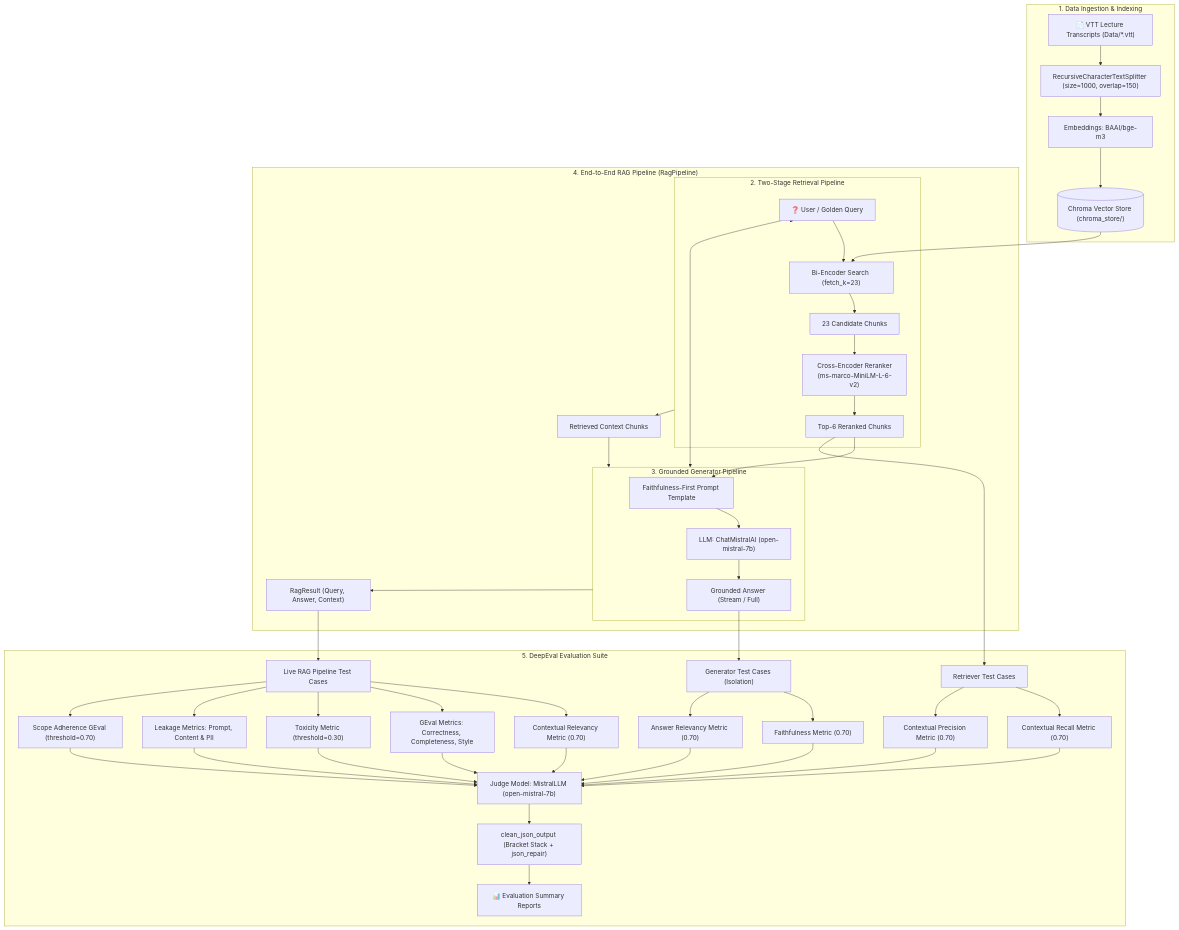
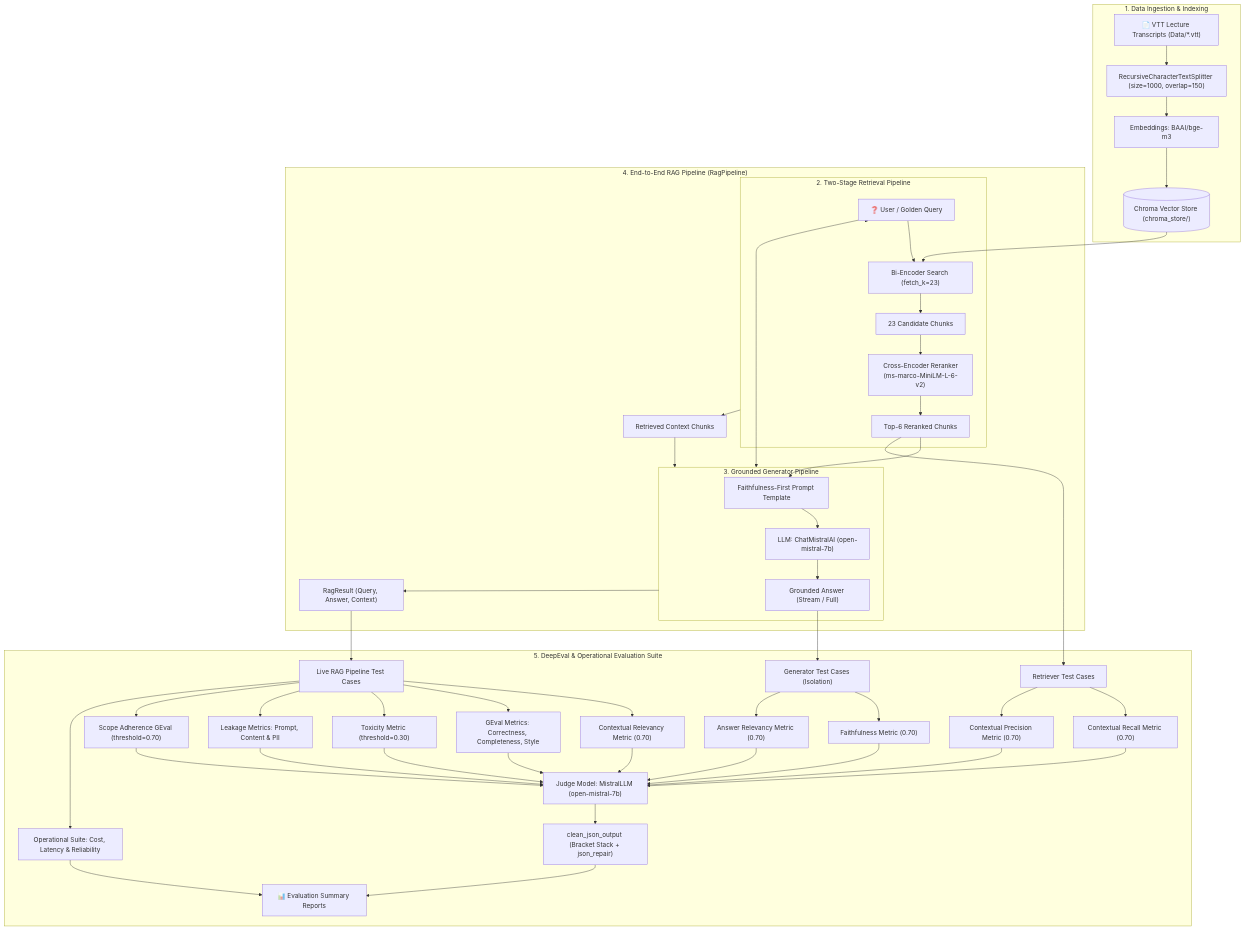
One commit to shlokbam/LLM-RAG-Evaluation changed the diagram in README.md. Above: the diagram before and after it, drawn with Mermaid. The commit also changed other lines of this file and 3 other files, not shown here.

Commit message:
feat: add cost and latency operational evaluation scripts

````diff
--- a/README.md
+++ b/README.md
@@ -18,50 +18,52 @@
 ```mermaid
 flowchart TD
     subgraph Ingestion ["1. Data Ingestion & Indexing"]
         VTT["📄 VTT Lecture Transcripts (Data/*.vtt)"] --> TextSplitter["RecursiveCharacterTextSplitter (size=1000, overlap=150)"]
         TextSplitter --> BGE["Embeddings: BAAI/bge-m3"]
         BGE --> ChromaDB[("Chroma Vector Store (chroma_store/)")]
     end
 
     subgraph TwoStageRetriever ["2. Two-Stage Retrieval Pipeline"]
         Query["❓ User / Golden Query"] --> BiEncoder["Bi-Encoder Search (fetch_k=23)"]
         ChromaDB --> BiEncoder
         BiEncoder --> Candidates["23 Candidate Chunks"]
         Candidates --> CrossEncoder["Cross-Encoder Reranker\n(ms-marco-MiniLM-L-6-v2)"]
         CrossEncoder --> TopK["Top-6 Reranked Chunks"]
     end
 
     subgraph GeneratorComponent ["3. Grounded Generator Pipeline"]
         TopK --> GenPrompt["Faithfulness-First Prompt Template"]
         GenPrompt --> MistralGen["LLM: ChatMistralAI (open-mistral-7b)"]
         MistralGen --> Answer["Grounded Answer (Stream / Full)"]
     end
 
     subgraph RagOrchestrator ["4. End-to-End RAG Pipeline (RagPipeline)"]
         Query --> TwoStageRetriever
         TwoStageRetriever --> Context["Retrieved Context Chunks"]
         Context & Query --> GeneratorComponent
         GeneratorComponent --> FinalOutput["RagResult (Query, Answer, Context)"]
     end
 
-    subgraph DeepEvalHarness ["5. DeepEval Evaluation Suite"]
+    subgraph DeepEvalHarness ["5. DeepEval & Operational Evaluation Suite"]
         TopK --> RetCases["Retriever Test Cases"]
         RetCases --> Recall["Contextual Recall Metric (0.70)"]
         RetCases --> Precision["Contextual Precision Metric (0.70)"]
 
         Answer --> GenCases["Generator Test Cases (Isolation)"]
         GenCases --> Faithfulness["Faithfulness Metric (0.70)"]
         GenCases --> Relevancy["Answer Relevancy Metric (0.70)"]
 
         FinalOutput --> PipelineCases["Live RAG Pipeline Test Cases"]
         PipelineCases --> CtxRelevancy["Contextual Relevancy Metric (0.70)"]
         PipelineCases --> GEvalApp["GEval Metrics: Correctness, Completeness, Style"]
         PipelineCases --> Toxicity["Toxicity Metric (threshold=0.30)"]
         PipelineCases --> Leakage["Leakage Metrics: Prompt, Content & PII"]
         PipelineCases --> Scope["Scope Adherence GEval (threshold=0.70)"]
+        PipelineCases --> OpsEvals["Operational Suite: Cost, Latency & Reliability"]
 
         Recall & Precision & Faithfulness & Relevancy & CtxRelevancy & GEvalApp & Toxicity & Leakage & Scope --> MistralJudge["Judge Model: MistralLLM (open-mistral-7b)"]
         MistralJudge --> JSONRepair["clean_json_output (Bracket Stack + json_repair)"]
         JSONRepair --> Report["📊 Evaluation Summary Reports"]
+        OpsEvals --> Report
     end
 ```
````
